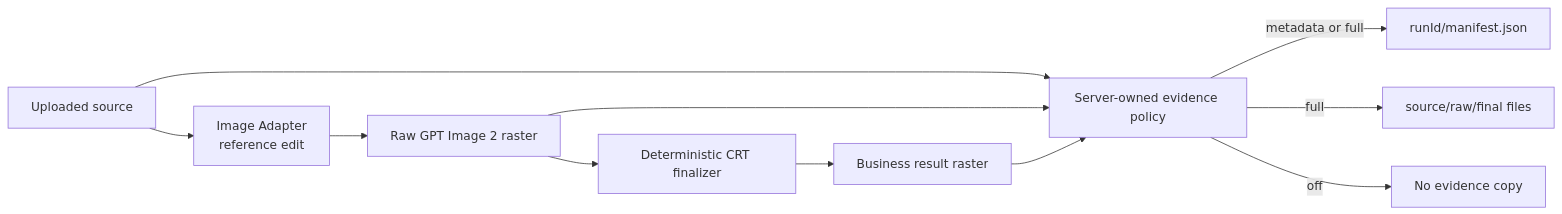
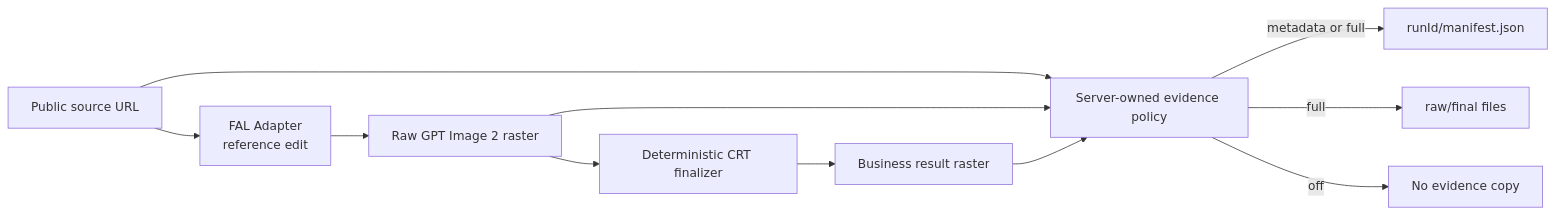
One commit to hkai-ai/pipipi changed the diagram in docs/processes/crt-interface-image/evidence-retention.md. Above: the diagram before and after it, drawn with Mermaid. The commit also changed other lines of this file and 10 other files, not shown here.

Commit message:
docs(crt): document public URL image processing

````diff
--- a/docs/processes/crt-interface-image/evidence-retention.md
+++ b/docs/processes/crt-interface-image/evidence-retention.md
@@ -51,13 +50,13 @@
 ```mermaid
 flowchart LR
-    Source["Uploaded source"] --> Edit["Image Adapter<br/>reference edit"]
+    Source["Public source URL"] --> Edit["FAL Adapter<br/>reference edit"]
     Edit --> Raw["Raw GPT Image 2 raster"]
     Raw --> Finalizer["Deterministic CRT finalizer"]
     Finalizer --> Result["Business result raster"]
     Source --> Policy["Server-owned evidence policy"]
     Raw --> Policy
     Result --> Policy
     Policy -->|"metadata or full"| Manifest["runId/manifest.json"]
-    Policy -->|"full"| Pixels["source/raw/final files"]
+    Policy -->|"full"| Pixels["raw/final files"]
     Policy -->|"off"| None["No evidence copy"]
 ```
````
